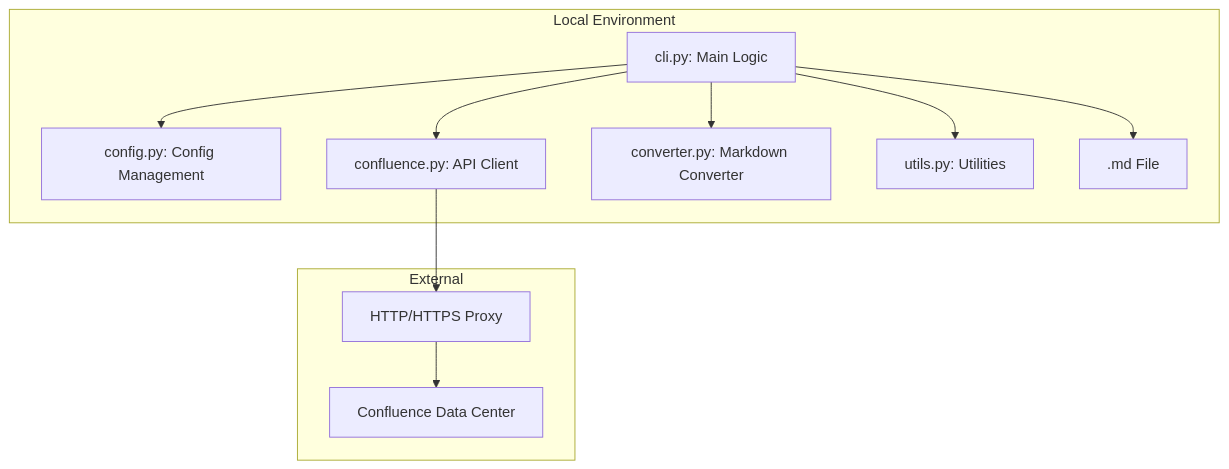
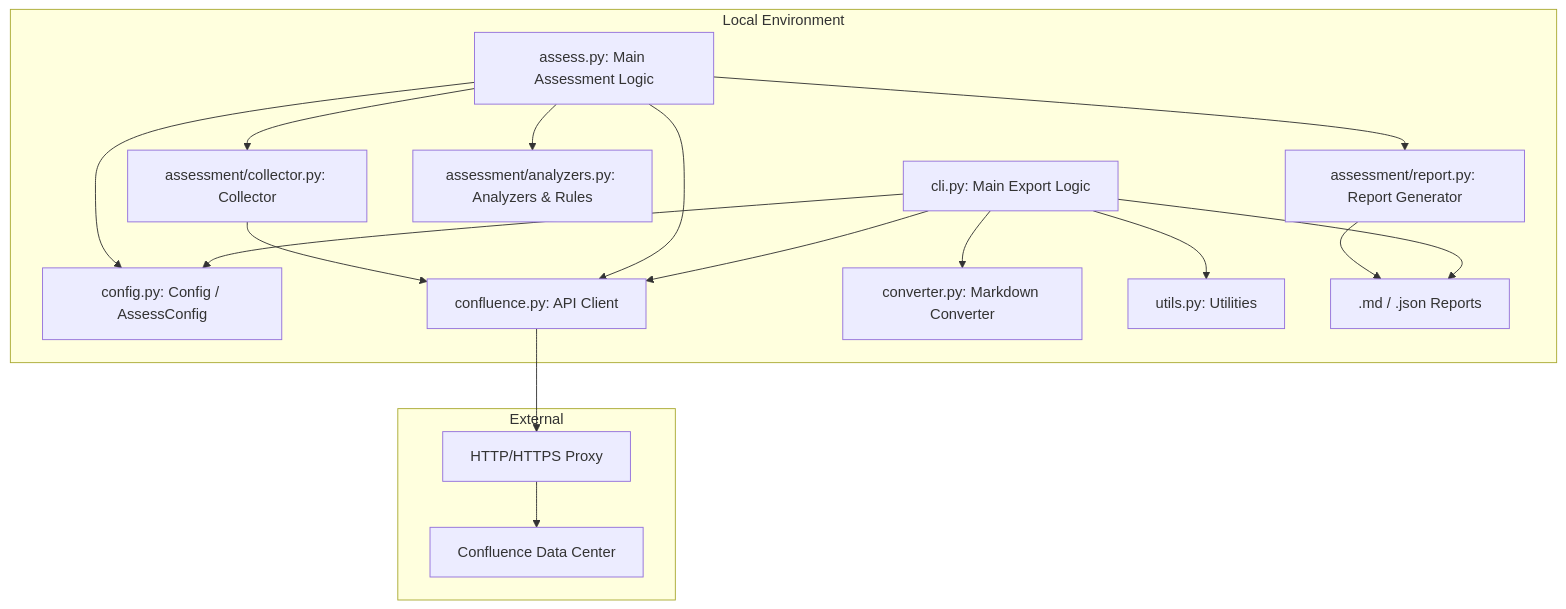
The first of 4 diagrams in README_DEV.md (masanori-satake/C2M-Export), drawn with Mermaid before and after one commit. The commit also changed other lines of this file and 41 other files, not shown here.

````diff
--- a/README_DEV.md
+++ b/README_DEV.md
@@ -13,24 +13,37 @@
 ```mermaid
 graph TD
     subgraph "Local Environment"
-        CLI[cli.py: Main Logic]
-        Config[config.py: Config Management]
+        CLI[cli.py: Main Export Logic]
+        Assess[assess.py: Main Assessment Logic]
+        Config[config.py: Config / AssessConfig]
         Client[confluence.py: API Client]
         Converter[converter.py: Markdown Converter]
+        Collector[assessment/collector.py: Collector]
+        Analyzers[assessment/analyzers.py: Analyzers & Rules]
+        Report[assessment/report.py: Report Generator]
         Utils[utils.py: Utilities]
-        Output[.md File]
+        Output[.md / .json Reports]
     end
 
     subgraph "External"
         Confluence[Confluence Data Center]
         Proxy[HTTP/HTTPS Proxy]
     end
 
     CLI --> Config
     CLI --> Client
     CLI --> Converter
     CLI --> Utils
+
+    Assess --> Config
+    Assess --> Client
+    Assess --> Collector
+    Collector --> Client
+    Assess --> Analyzers
+    Assess --> Report
+
     Client --> Proxy
     Proxy --> Confluence
     CLI --> Output
+    Report --> Output
 ```
````
